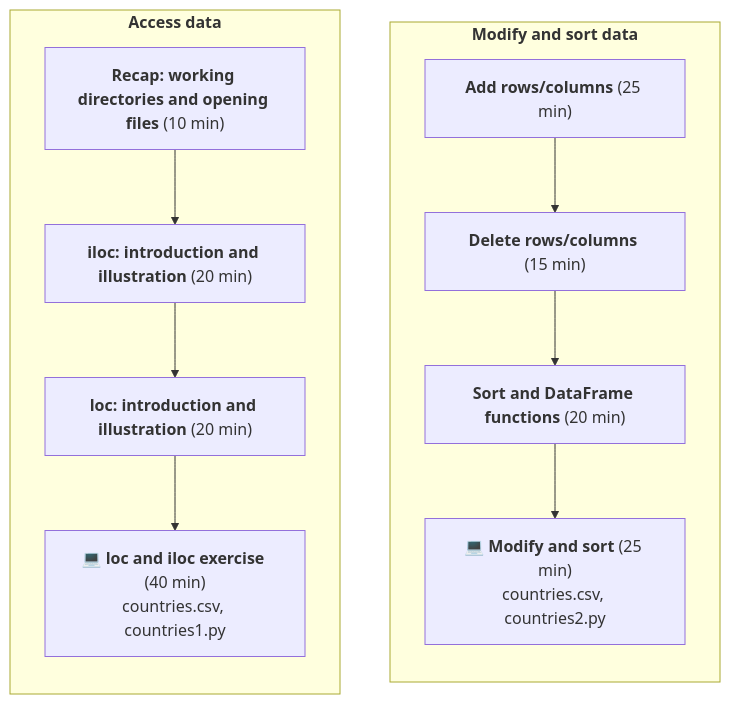
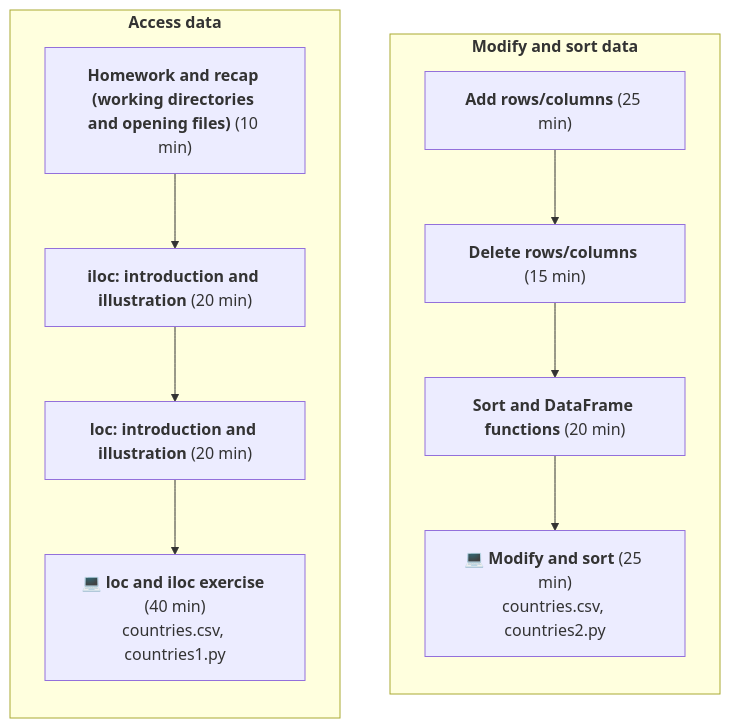
The diagram in notes/session_05.qmd (fs-ise/introduction-to-programming), drawn with Mermaid before and after one commit. The commit also changed other lines of this file and 2 other files, not shown here.

````diff
--- a/notes/session_05.qmd
+++ b/notes/session_05.qmd
@@ -12,26 +13,26 @@
 ```{mermaid}
 %%| fig-width: 5
 
 flowchart
 
   subgraph RIGHT["<b>Modify and sort data</b>"]
     direction TB
     B1["<b>Add rows/columns</b> (25 min)"]
     B2["<b>Delete rows/columns</b> (15 min)"]
     B3["<b>Sort and DataFrame functions</b> (20 min)"]
     B4["<b>💻 Modify and sort</b> (25 min)<br/>countries.csv, countries2.py"]
 
     B1 --> B2 --> B3 --> B4
   end
 
   subgraph LEFT["<b>Access data</b>"]
     direction TB
-    A1["<b>Recap: working directories and opening files</b> (10 min)"]
+    A1["<b>Homework and recap (working directories and opening files)</b> (10 min)"]
     A2["<b>iloc: introduction and illustration</b> (20 min)"]
     A3["<b>loc: introduction and illustration</b> (20 min)"]
     A4["<b>💻 loc and iloc exercise</b> (40 min)<br/>countries.csv, countries1.py"]
 
     A1 --> A2 --> A3 --> A4
   end
 
 ```
````
